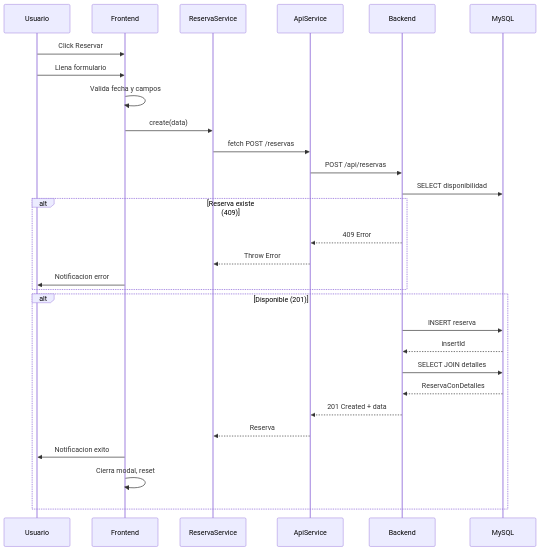
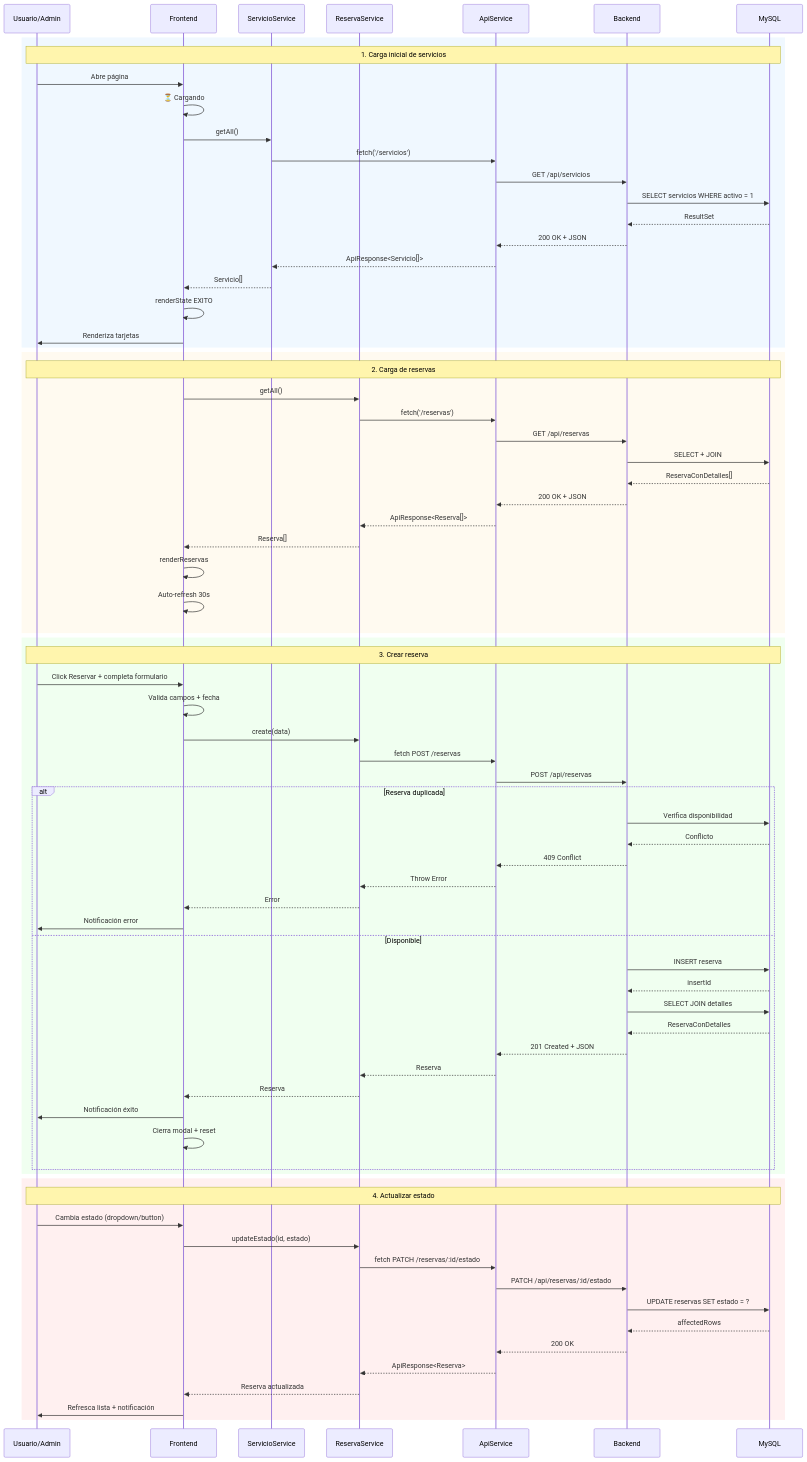
One commit to JokerMx/neonpulse-salon changed the diagram in docs/diagrama-secuencia.md. Above: the diagram before and after it, drawn with Mermaid. The commit also changed other lines of this file and 11 other files, not shown here.

````diff
--- a/docs/diagrama-secuencia.md
+++ b/docs/diagrama-secuencia.md
@@ -51,32 +3,82 @@
 ```mermaid
 sequenceDiagram
-    participant U as Usuario
+    participant U as Usuario/Admin
     participant F as Frontend
+    participant S as ServicioService
     participant RS as ReservaService
     participant A as ApiService
     participant B as Backend
     participant DB as MySQL
 
-    U->>F: Click Reservar
-    U->>F: Llena formulario
-    F->>F: Valida fecha y campos
-    F->>RS: create(data)
-    RS->>A: fetch POST /reservas
-    A->>B: POST /api/reservas
-    B->>DB: SELECT disponibilidad
-    alt Reserva existe (409)
-        B-->>A: 409 Error
-        A-->>RS: Throw Error
-        F->>U: Notificacion error
+    rect rgb(240, 248, 255)
+        Note over U,DB: 1. Carga inicial de servicios
+        U->>F: Abre página
+        F->>F: ⏳ Cargando
+        F->>S: getAll()
+        S->>A: fetch('/servicios')
+        A->>B: GET /api/servicios
+        B->>DB: SELECT servicios WHERE activo = 1
+        DB-->>B: ResultSet
+        B-->>A: 200 OK + JSON
+        A-->>S: ApiResponse<Servicio[]>
+        S-->>F: Servicio[]
+        F->>F: renderState EXITO
+        F->>U: Renderiza tarjetas
     end
-    alt Disponible (201)
-        B->>DB: INSERT reserva
-        DB-->>B: insertId
-        B->>DB: SELECT JOIN detalles
-        DB-->>B: ReservaConDetalles
-        B-->>A: 201 Created + data
-        A-->>RS: Reserva
-        F->>U: Notificacion exito
-        F->>F: Cierra modal, reset
+
+    rect rgb(255, 250, 240)
+        Note over U,DB: 2. Carga de reservas
+        F->>RS: getAll()
+        RS->>A: fetch('/reservas')
+        A->>B: GET /api/reservas
+        B->>DB: SELECT + JOIN
+        DB-->>B: ReservaConDetalles[]
+        B-->>A: 200 OK + JSON
+        A-->>RS: ApiResponse<Reserva[]>
+        RS-->>F: Reserva[]
+        F->>F: renderReservas
+        F->>F: Auto-refresh 30s
+    end
+
+    rect rgb(240, 255, 240)
+        Note over U,DB: 3. Crear reserva
+        U->>F: Click Reservar + completa formulario
+        F->>F: Valida campos + fecha
+        F->>RS: create(data)
+        RS->>A: fetch POST /reservas
+        A->>B: POST /api/reservas
+
+        alt Reserva duplicada
+            B->>DB: Verifica disponibilidad
+            DB-->>B: Conflicto
+            B-->>A: 409 Conflict
+            A-->>RS: Throw Error
+            RS-->>F: Error
+            F->>U: Notificación error
+        else Disponible
+            B->>DB: INSERT reserva
+            DB-->>B: insertId
+            B->>DB: SELECT JOIN detalles
+            DB-->>B: ReservaConDetalles
+            B-->>A: 201 Created + JSON
+            A-->>RS: Reserva
+            RS-->>F: Reserva
+            F->>U: Notificación éxito
+            F->>F: Cierra modal + reset
+        end
+    end
+
+    rect rgb(255, 240, 240)
+        Note over U,DB: 4. Actualizar estado
+        U->>F: Cambia estado (dropdown/button)
+        F->>RS: updateEstado(id, estado)
+        RS->>A: fetch PATCH /reservas/:id/estado
+        A->>B: PATCH /api/reservas/:id/estado
+        B->>DB: UPDATE reservas SET estado = ?
+        DB-->>B: affectedRows
+        B-->>A: 200 OK
+        A-->>RS: ApiResponse<Reserva>
+        RS-->>F: Reserva actualizada
+        F->>U: Refresca lista + notificación
     end
 ```
````
